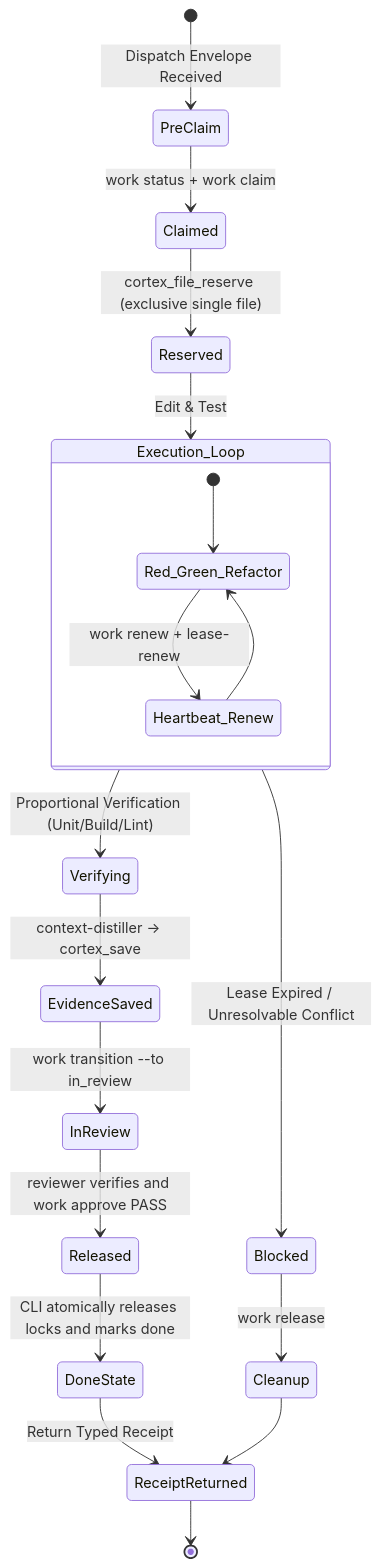
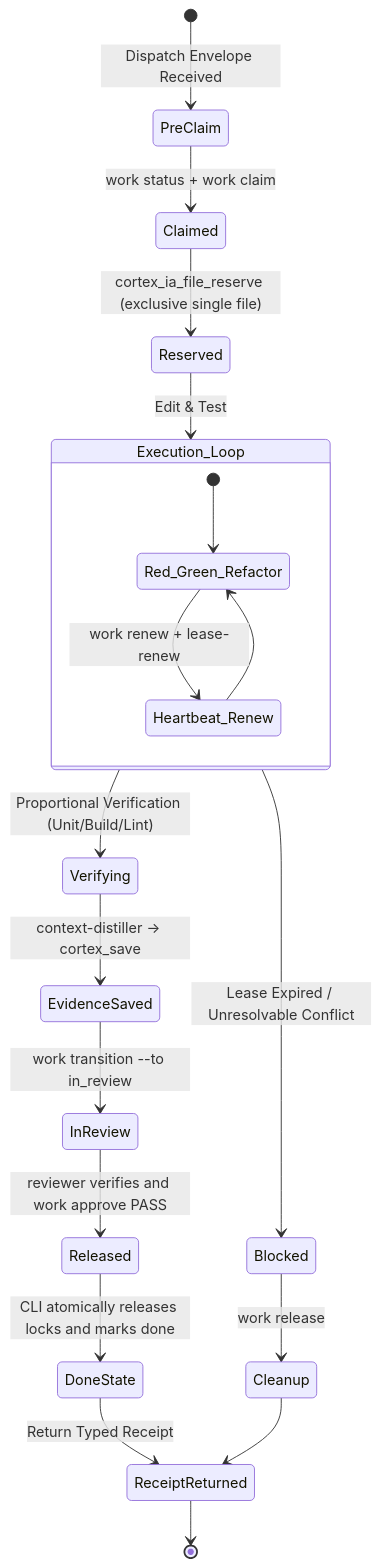
Before and after one commit to lleontor705/cortex-ia: the third of 4 diagrams in internal/assets/AGENTS.md, drawn with Mermaid. The commit also changed other lines of this file and 31 other files, not shown here.

````diff
--- a/internal/assets/AGENTS.md
+++ b/internal/assets/AGENTS.md
@@ -222,25 +223,25 @@
 ```mermaid
 stateDiagram-v2
     [*] --> PreClaim: Dispatch Envelope Received
     PreClaim --> Claimed: work status + work claim
-    Claimed --> Reserved: cortex_file_reserve (exclusive single file)
+    Claimed --> Reserved: cortex_ia_file_reserve (exclusive single file)
     
     state Execution_Loop {
         [*] --> Red_Green_Refactor
         Red_Green_Refactor --> Heartbeat_Renew: work renew + lease-renew
         Heartbeat_Renew --> Red_Green_Refactor
     }
     
     Reserved --> Execution_Loop: Edit & Test
     Execution_Loop --> Verifying: Proportional Verification (Unit/Build/Lint)
     Verifying --> EvidenceSaved: context-distiller -> cortex_save
     EvidenceSaved --> InReview: work transition --to in_review
     InReview --> Released: reviewer verifies and work approve PASS
     Released --> DoneState: CLI atomically releases locks and marks done
     DoneState --> ReceiptReturned: Return Typed Receipt
     ReceiptReturned --> [*]
 
     Execution_Loop --> Blocked: Lease Expired / Unresolvable Conflict
     Blocked --> Cleanup: work release
     Cleanup --> ReceiptReturned
 ```
````
